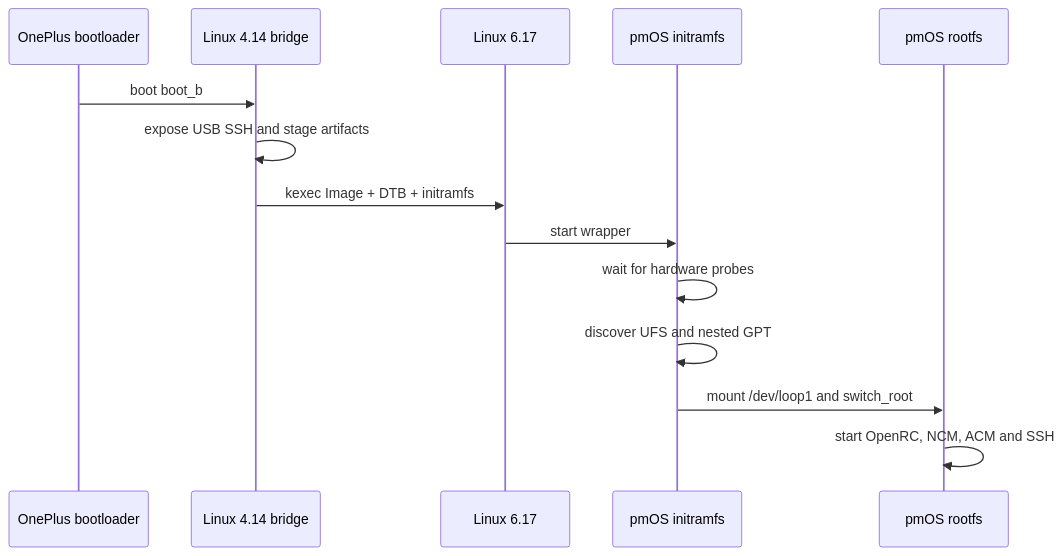
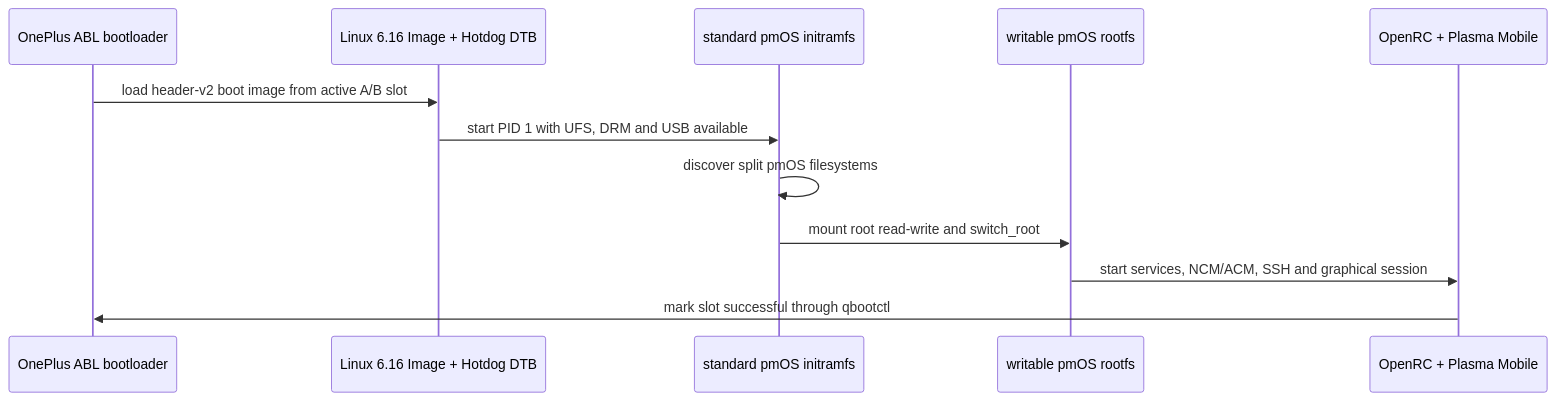
Before and after one commit to Sr-0w/hotdog-linux-bringup: the diagram in docs/boot-flow.md, drawn with Mermaid. The commit also changed other lines of this file and 13 other files, not shown here.

````diff
--- a/docs/boot-flow.md
+++ b/docs/boot-flow.md
@@ -19,17 +10,15 @@
 ```mermaid
 sequenceDiagram
-    participant BL as OnePlus bootloader
-    participant DS as Linux 4.14 bridge
-    participant ML as Linux 6.17
-    participant IR as pmOS initramfs
-    participant RF as pmOS rootfs
+    participant BL as OnePlus ABL bootloader
+    participant K as Linux 6.16 Image + Hotdog DTB
+    participant IR as standard pmOS initramfs
+    participant RF as writable pmOS rootfs
+    participant UI as OpenRC + Plasma Mobile
 
-    BL->>DS: boot boot_b
-    DS->>DS: expose USB SSH and stage artifacts
-    DS->>ML: kexec Image + DTB + initramfs
-    ML->>IR: start wrapper
-    IR->>IR: wait for hardware probes
-    IR->>IR: discover UFS and nested GPT
-    IR->>RF: mount /dev/loop1 and switch_root
-    RF->>RF: start OpenRC, NCM, ACM and SSH
+    BL->>K: load header-v2 boot image from active A/B slot
+    K->>IR: start PID 1 with UFS, DRM and USB available
+    IR->>IR: discover split pmOS filesystems
+    IR->>RF: mount root read-write and switch_root
+    RF->>UI: start services, NCM/ACM, SSH and graphical session
+    UI->>BL: mark slot successful through qbootctl
 ```
````
